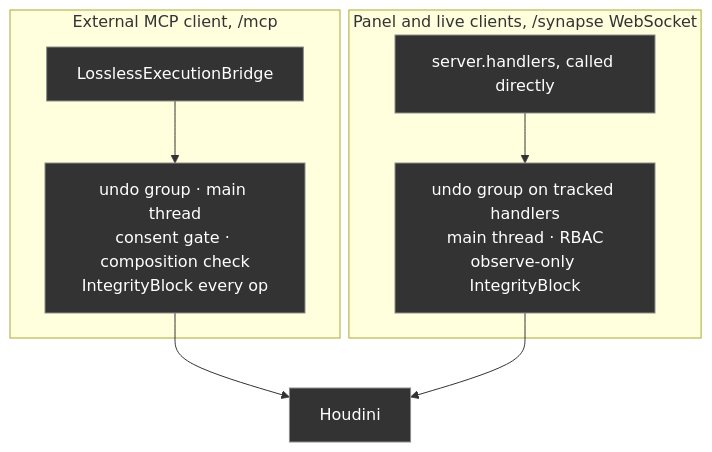
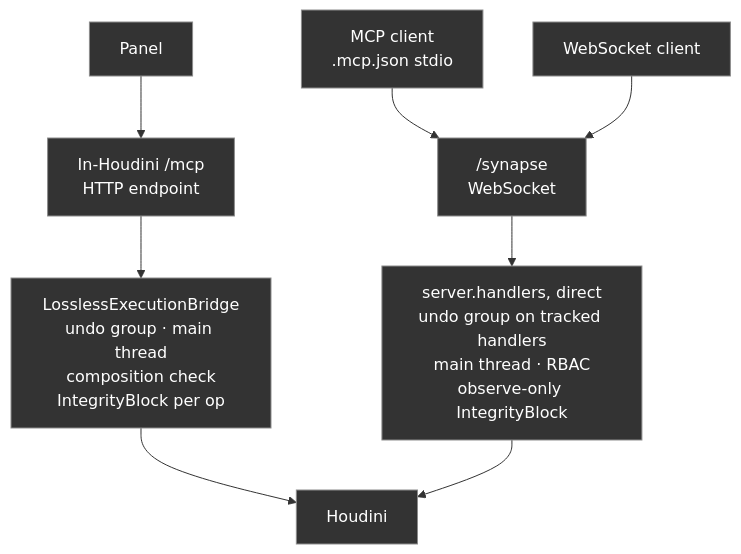
One commit to JosephOIbrahim/Synapse changed the third of 3 diagrams in README.md. Above: the diagram before and after it, drawn with Mermaid. The commit also changed other lines of this file and 2 other files, not shown here.

````diff
--- a/README.md
+++ b/README.md
@@ -172,13 +179,12 @@
 ```mermaid
 flowchart TB
-    subgraph mcp["External MCP client, /mcp"]
-        M1["LosslessExecutionBridge"] --> M2["undo group · main thread<br/>consent gate · composition check<br/>IntegrityBlock every op"]
-    end
-    subgraph live["Panel and live clients, /synapse WebSocket"]
-        L1["server.handlers, called directly"] --> L2["undo group on tracked handlers<br/>main thread · RBAC<br/>observe-only IntegrityBlock"]
-    end
-    M2 --> H["Houdini"]
-    L2 --> H
+    P["Panel"] --> E["In-Houdini /mcp<br/>HTTP endpoint"]
+    M["MCP client<br/>.mcp.json stdio"] --> W["/synapse<br/>WebSocket"]
+    C["WebSocket client"] --> W
+    E --> B["LosslessExecutionBridge<br/>undo group · main thread<br/>composition check<br/>IntegrityBlock per op"]
+    W --> L["server.handlers, direct<br/>undo group on tracked handlers<br/>main thread · RBAC<br/>observe-only IntegrityBlock"]
+    B --> H["Houdini"]
+    L --> H
     classDef dark fill:#333333,stroke:#8C8C8C,stroke-width:1px,color:#FFFFFF
-    class M1,M2,L1,L2,H dark
+    class P,M,C,E,W,B,L,H dark
 ```
````
